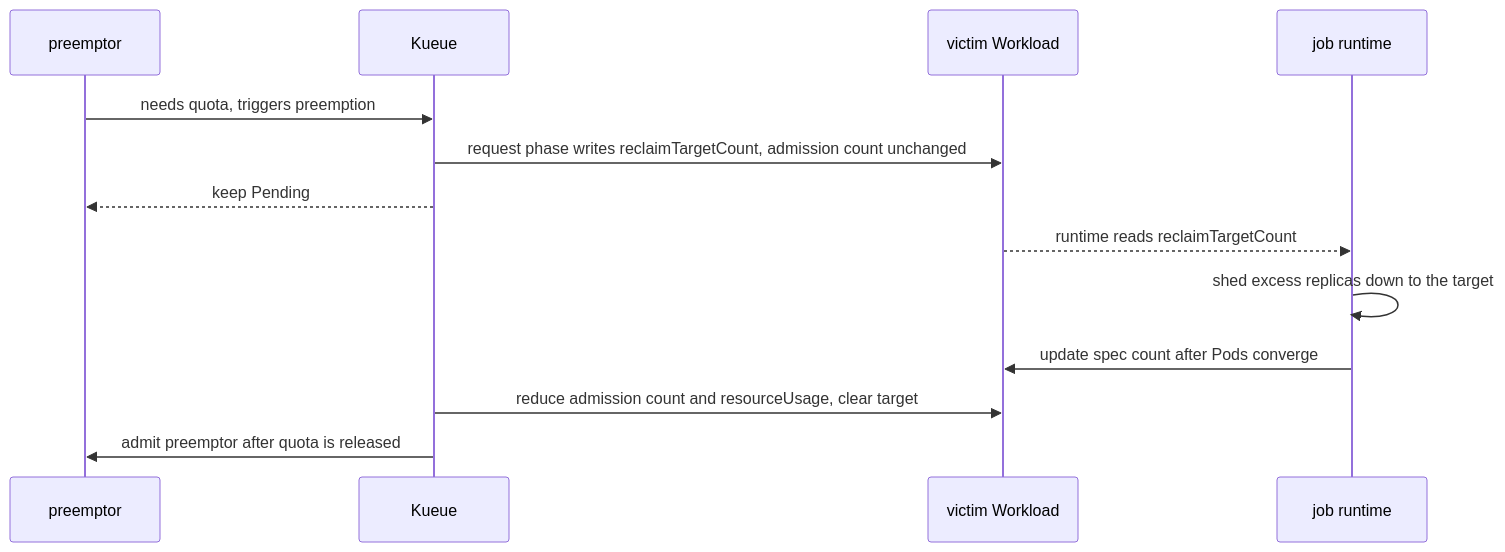
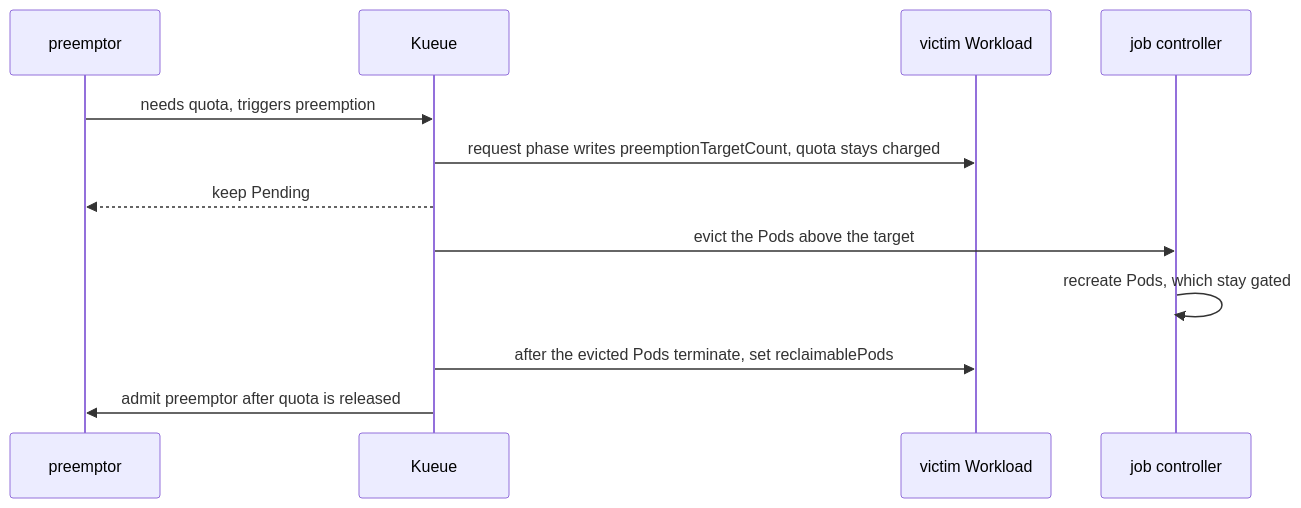
The first of 2 diagrams in keps/975-partial-preemption/README.md (kubernetes-sigs/kueue), drawn with Mermaid before and after one commit. The commit also changed other lines of this file and 1 other file, not shown here.

````diff
--- a/keps/975-partial-preemption/README.md
+++ b/keps/975-partial-preemption/README.md
@@ -222,15 +258,14 @@
 ```mermaid
 sequenceDiagram
     participant P as preemptor
     participant K as Kueue
     participant WL as victim Workload
-    participant D as job runtime
+    participant J as job controller
     P->>K: needs quota, triggers preemption
-    K->>WL: request phase writes reclaimTargetCount, admission count unchanged
+    K->>WL: request phase writes preemptionTargetCount, quota stays charged
     K-->>P: keep Pending
-    WL-->>D: runtime reads reclaimTargetCount
-    D->>D: shed excess replicas down to the target
-    D->>WL: update spec count after Pods converge
-    K->>WL: reduce admission count and resourceUsage, clear target
+    K->>J: evict the Pods above the target
+    J->>J: recreate Pods, which stay gated
+    K->>WL: after the evicted Pods terminate, set reclaimablePods
     K->>P: admit preemptor after quota is released
 ```
````
